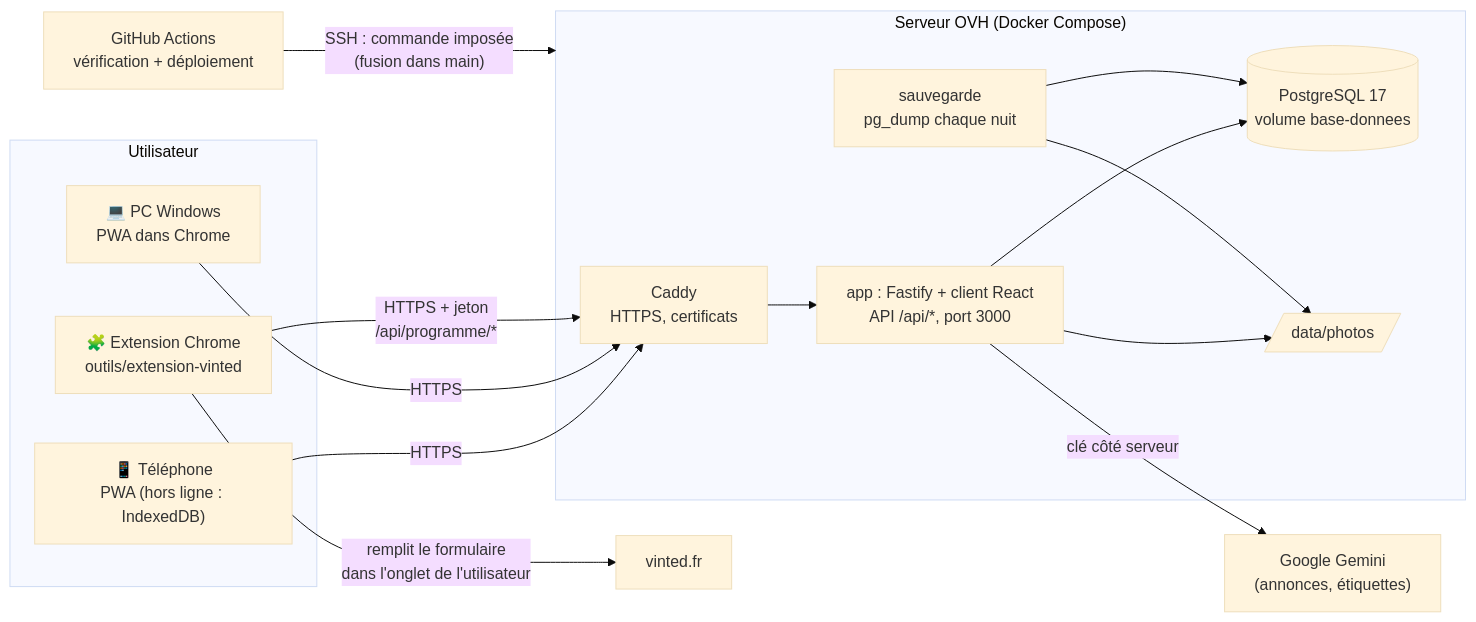
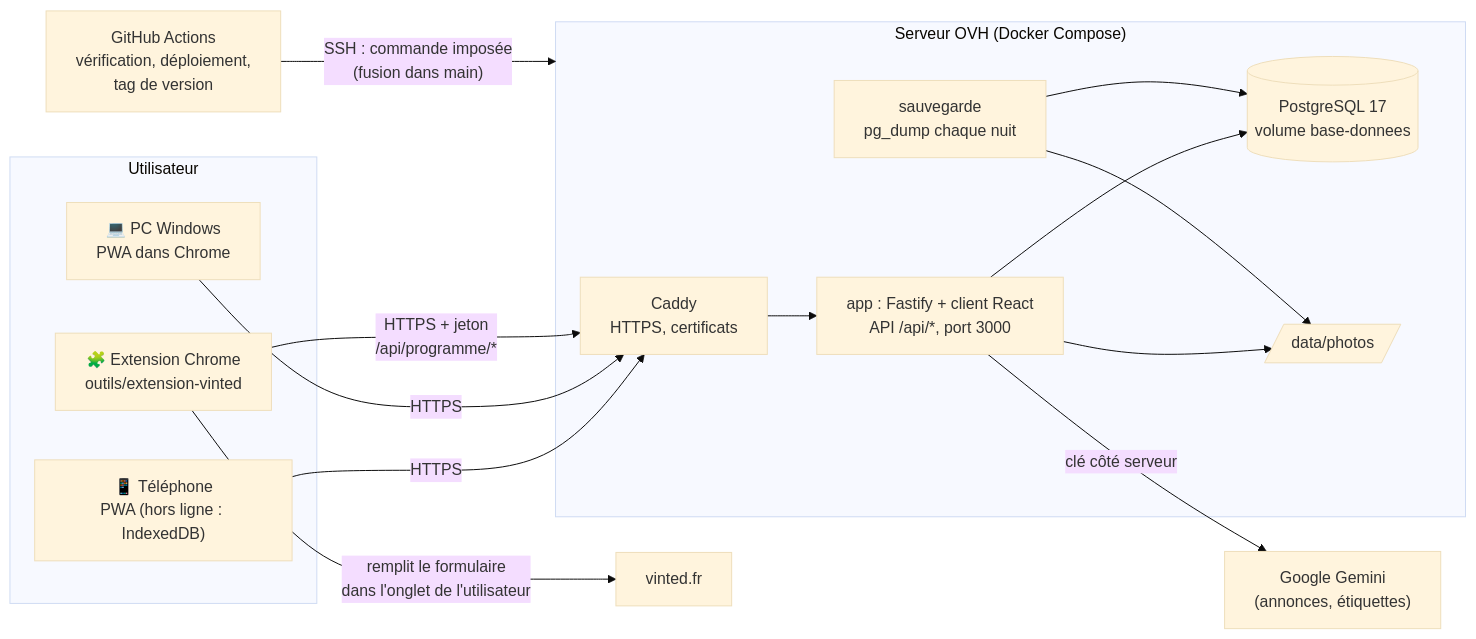
One commit to Plossec/Vinted-Helper changed the first of 3 diagrams in docs/architecture.md. Above: the diagram before and after it, drawn with Mermaid (base theme). The commit also changed other lines of this file and 5 other files, not shown here.

````diff
--- a/docs/architecture.md
+++ b/docs/architecture.md
@@ -10,32 +10,32 @@
 ```mermaid
 flowchart LR
   subgraph Utilisateur
     tel["📱 Téléphone<br/>PWA (hors ligne : IndexedDB)"]
     pc["💻 PC Windows<br/>PWA dans Chrome"]
     ext["🧩 Extension Chrome<br/>outils/extension-vinted"]
   end
 
   subgraph OVH["Serveur OVH (Docker Compose)"]
     caddy["Caddy<br/>HTTPS, certificats"]
     app["app : Fastify + client React<br/>API /api/*, port 3000"]
     db[("PostgreSQL 17<br/>volume base-donnees")]
     photos[/"data/photos"/]
     sauv["sauvegarde<br/>pg_dump chaque nuit"]
   end
 
   gemini["Google Gemini<br/>(annonces, étiquettes)"]
   vinted["vinted.fr"]
-  gh["GitHub Actions<br/>vérification + déploiement"]
+  gh["GitHub Actions<br/>vérification, déploiement,<br/>tag de version"]
 
   tel -- HTTPS --> caddy
   pc -- HTTPS --> caddy
   ext -- "HTTPS + jeton<br/>/api/programme/*" --> caddy
   caddy --> app
   app --> db
   app --> photos
   sauv --> db
   sauv --> photos
   app -- "clé côté serveur" --> gemini
   ext -- "remplit le formulaire<br/>dans l'onglet de l'utilisateur" --> vinted
   gh -- "SSH : commande imposée<br/>(fusion dans main)" --> OVH
 ```
````
